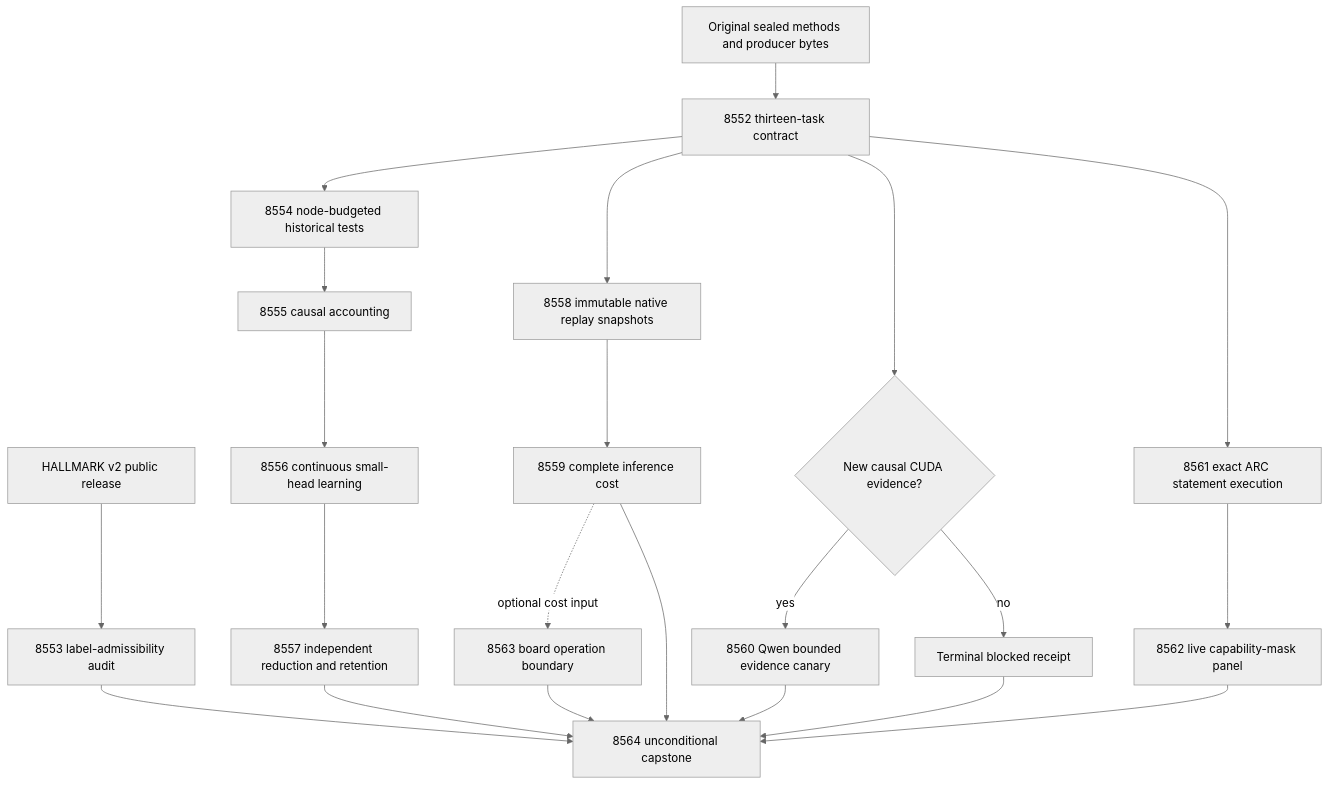
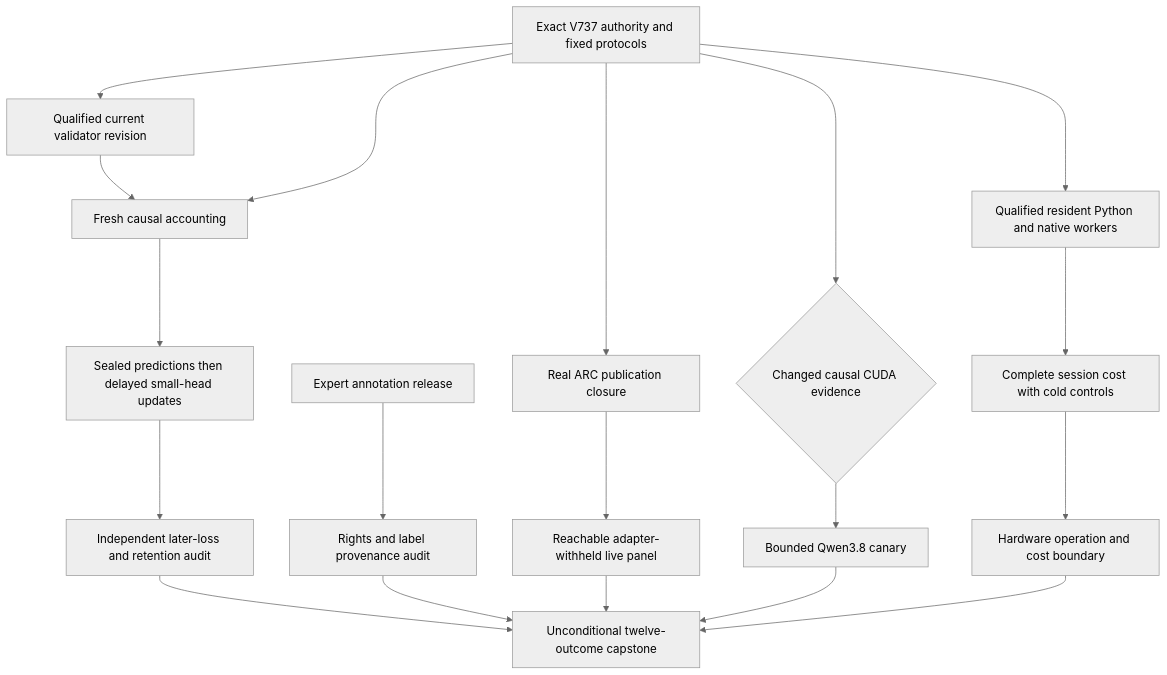
Before and after one commit to Carnot-EBM/carnot-ebm: the first of 2 diagrams in openspec/change-proposals/research-roadmap-vNEXT.md, drawn with Mermaid (neutral theme). The commit also changed other lines of this file and 18 other files, not shown here.

````diff
--- a/openspec/change-proposals/research-roadmap-vNEXT.md
+++ b/openspec/change-proposals/research-roadmap-vNEXT.md
@@ -85,24 +87,21 @@
 ```mermaid
 flowchart TD
-  A[Original sealed methods and producer bytes] --> C[8552 thirteen-task contract]
-  H[HALLMARK v2 public release] --> D[8553 label-admissibility audit]
-  C --> T[8554 node-budgeted historical tests]
-  T --> U[8555 causal accounting]
-  U --> L[8556 continuous small-head learning]
-  L --> R[8557 independent reduction and retention]
-  C --> N[8558 immutable native replay snapshots]
-  N --> F[8559 complete inference cost]
-  C --> Q{New causal CUDA evidence?}
-  Q -->|yes| G[8560 Qwen bounded evidence canary]
-  Q -->|no| B[Terminal blocked receipt]
-  C --> X[8561 exact ARC statement execution]
-  X --> Y[8562 live capability-mask panel]
-  F -. optional cost input .-> O[8563 board operation boundary]
-  D --> Z[8564 unconditional capstone]
-  R --> Z
-  F --> Z
-  G --> Z
-  B --> Z
-  Y --> Z
-  O --> Z
+    A[Exact V737 authority and fixed protocols] --> B[Qualified current validator revision]
+    B --> C[Fresh causal accounting]
+    A --> C
+    C --> D[Sealed predictions then delayed small-head updates]
+    D --> E[Independent later-loss and retention audit]
+    A --> F[Qualified resident Python and native workers]
+    F --> G[Complete session cost with cold controls]
+    H[Expert annotation release] --> I[Rights and label provenance audit]
+    A --> J[Real ARC publication closure]
+    J --> K[Reachable adapter-withheld live panel]
+    A --> L{Changed causal CUDA evidence}
+    L --> M[Bounded Qwen3.8 canary]
+    G --> N[Hardware operation and cost boundary]
+    E --> O[Unconditional twelve-outcome capstone]
+    I --> O
+    K --> O
+    M --> O
+    N --> O
 ```
````
